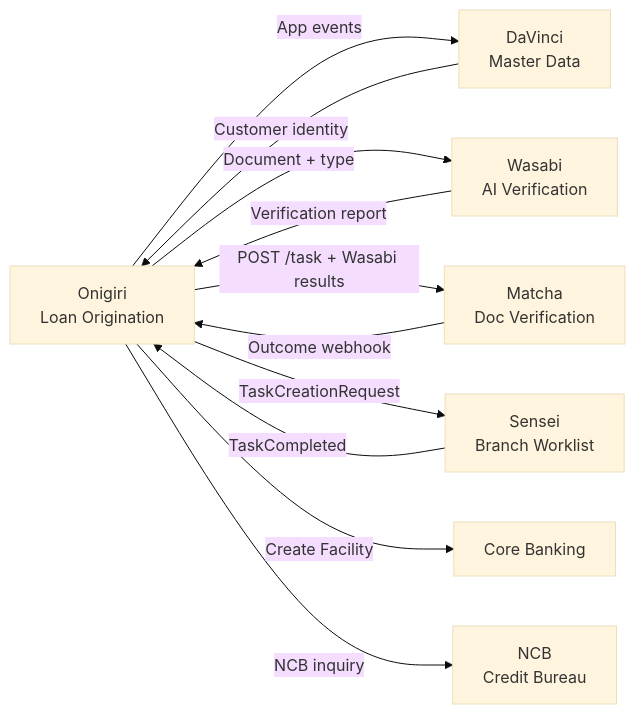
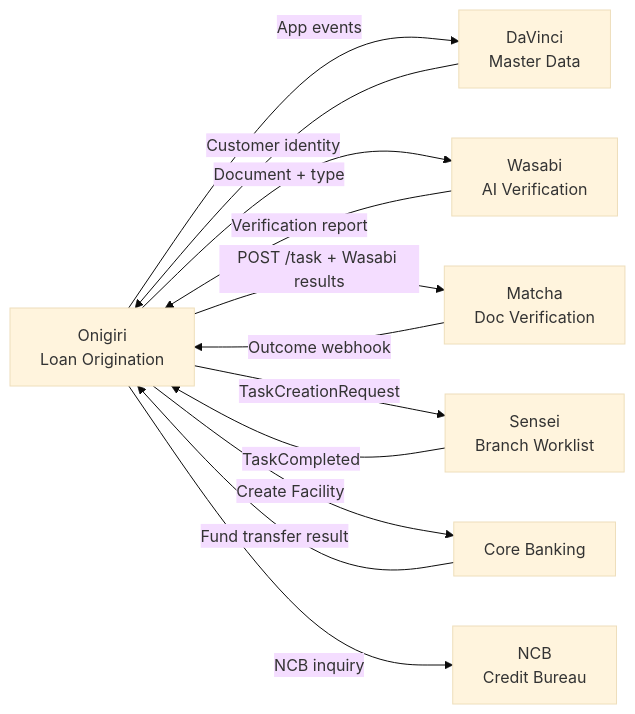
Before and after one commit to chanatan-sri/TurboProduct: the second of 2 diagrams in product/credit/onigiri/PRODUCT.md, drawn with Mermaid (base theme). The commit also changed other lines of this file and 12 other files, not shown here.

````diff
--- a/product/credit/onigiri/PRODUCT.md
+++ b/product/credit/onigiri/PRODUCT.md
@@ -137,21 +153,22 @@
 ```mermaid
 graph LR
     Onigiri[Onigiri\nLoan Origination]
     DaVinci[DaVinci\nMaster Data]
     Wasabi[Wasabi\nAI Verification]
     Matcha[Matcha\nDoc Verification]
     Sensei[Sensei\nBranch Worklist]
     CoreBanking[Core Banking]
     NCB[NCB\nCredit Bureau]
 
     DaVinci -->|Customer identity| Onigiri
     Onigiri -->|App events| DaVinci
     Onigiri -->|Document + type| Wasabi
     Wasabi -->|Verification report| Onigiri
     Onigiri -->|POST /task + Wasabi results| Matcha
     Matcha -->|Outcome webhook| Onigiri
     Onigiri -->|TaskCreationRequest| Sensei
     Sensei -->|TaskCompleted| Onigiri
     Onigiri -->|Create Facility| CoreBanking
+    CoreBanking -->|Fund transfer result| Onigiri
     Onigiri -->|NCB inquiry| NCB
 ```
````
